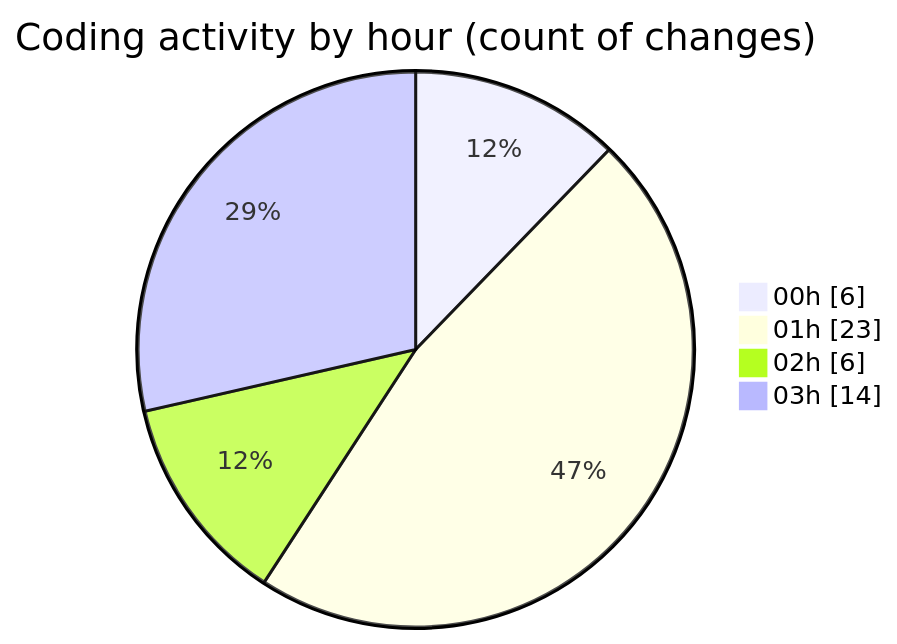
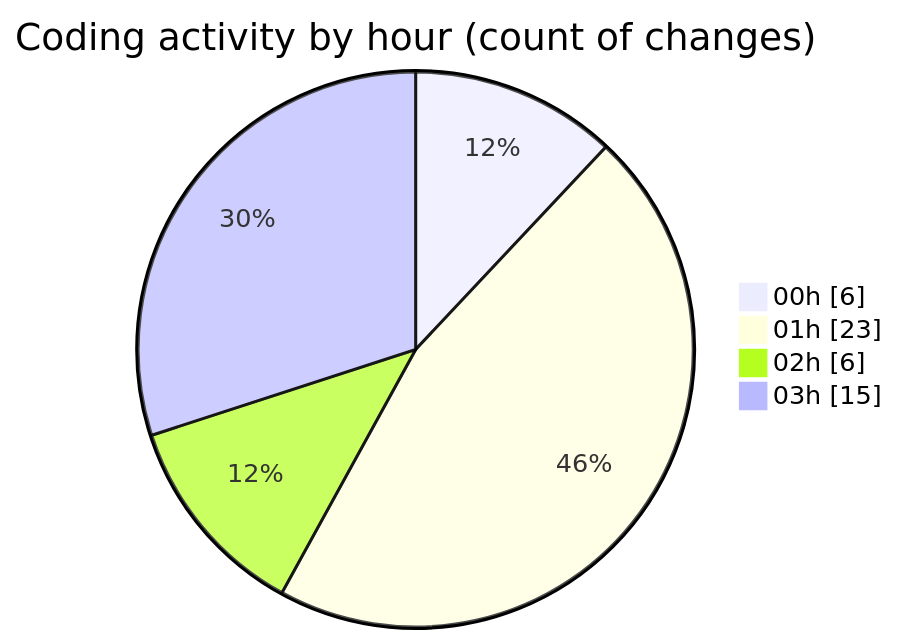
One commit to EIIisD/code-tracking changed the second of 2 diagrams in 2025-07-28/refunds/README.md. Above: the diagram before and after it, drawn with Mermaid. The commit also changed other lines of this file and 1 other file, not shown here.

````diff
--- a/2025-07-28/refunds/README.md
+++ b/2025-07-28/refunds/README.md
@@ -36,8 +36,8 @@
 ```mermaid
 pie showData
 title Coding activity by hour (count of changes)
 "00h" : 6
 "01h" : 23
 "02h" : 6
-"03h" : 14
+"03h" : 15
 ```
````
